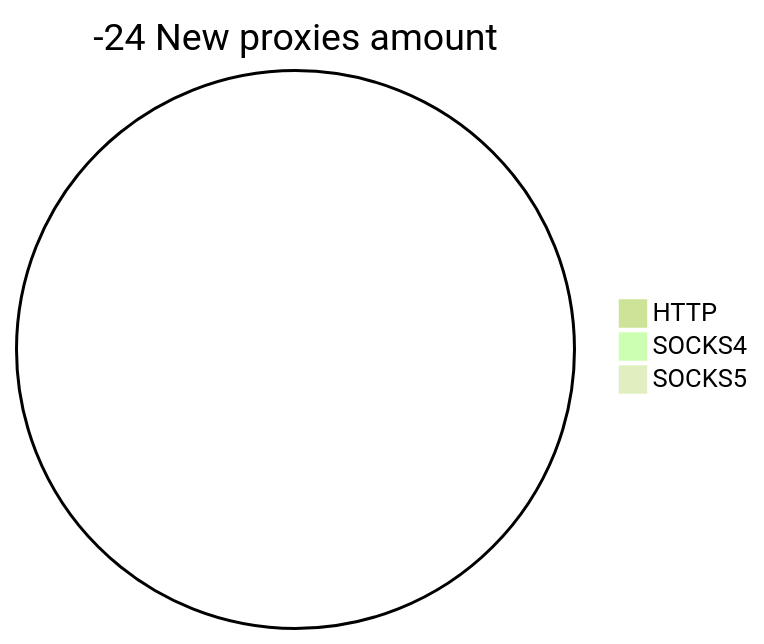
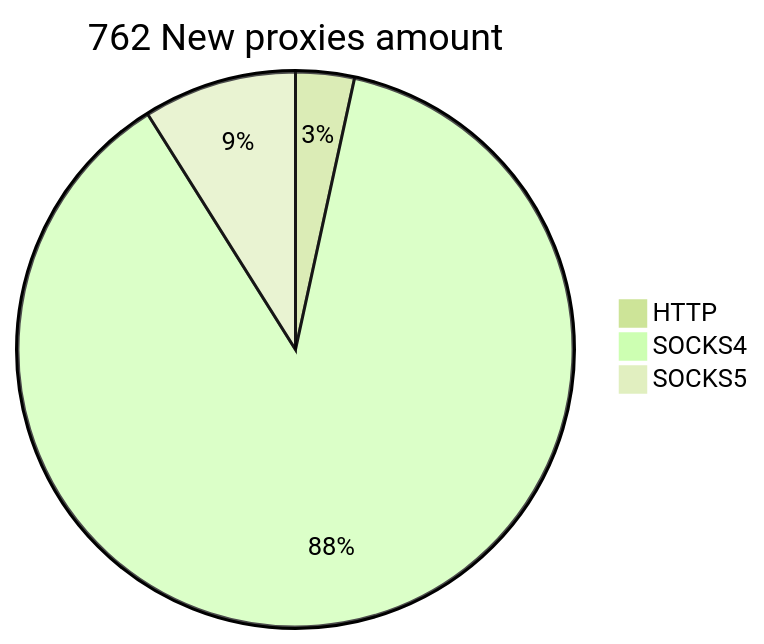
Before and after one commit to cutipu/proxylist: the second of 2 diagrams in README.md, drawn with Mermaid (forest theme). The commit also changed other lines of this file, not shown here.

````diff
--- a/README.md
+++ b/README.md
@@ -10,6 +10,6 @@
 ```mermaid
-pie title -24 New proxies amount
-    "HTTP" : 0
-    "SOCKS4" : 0
-    "SOCKS5" : 0
+pie title 762 New proxies amount
+    "HTTP" : 26
+    "SOCKS4" : 668
+    "SOCKS5" : 68
 ```
````
